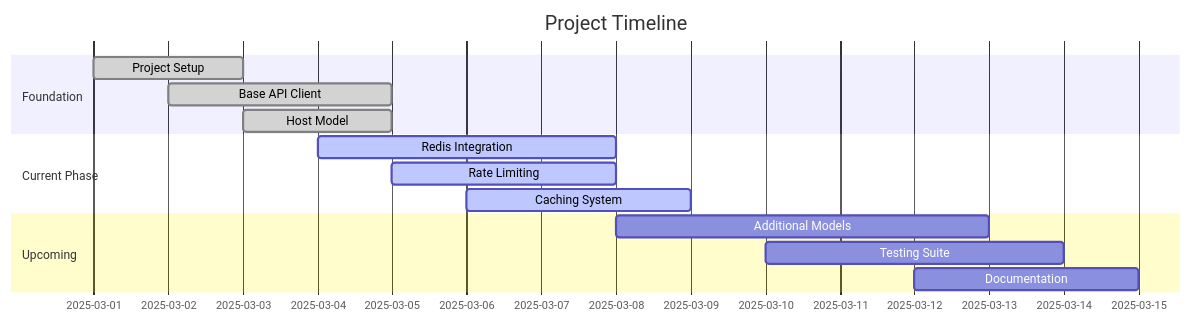
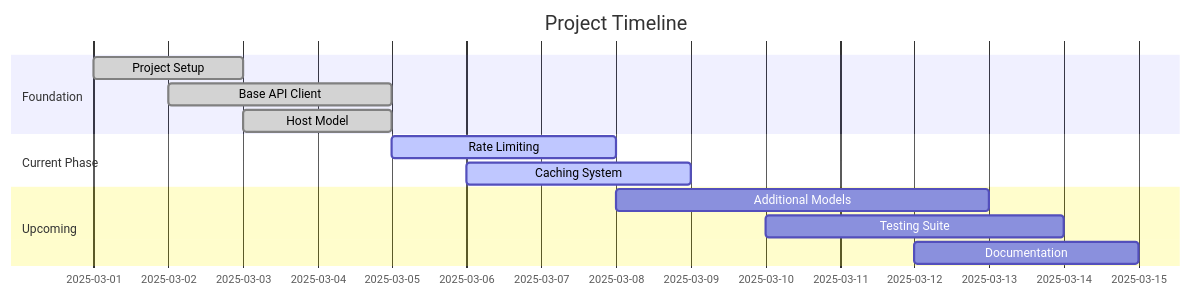
One commit to julianobarbosa/MCP changed the first of 3 diagrams in zabbix-server-api/cline_docs/progress.md. Above: the diagram before and after it, drawn with Mermaid. The commit also changed other lines of this file and 4 other files, not shown here.

````diff
--- a/zabbix-server-api/cline_docs/progress.md
+++ b/zabbix-server-api/cline_docs/progress.md
@@ -5,19 +5,18 @@
 ```mermaid
 gantt
     title Project Timeline
     dateFormat  YYYY-MM-DD
     section Foundation
     Project Setup           :done,    setup,     2025-03-01, 2d
     Base API Client        :done,    api,       2025-03-02, 3d
     Host Model            :done,    host,      2025-03-03, 2d
 
     section Current Phase
-    Redis Integration     :active,   redis,     2025-03-04, 4d
     Rate Limiting        :active,   rate,      2025-03-05, 3d
     Caching System       :active,   cache,     2025-03-06, 3d
 
     section Upcoming
     Additional Models     :         models,    2025-03-08, 5d
     Testing Suite        :         tests,     2025-03-10, 4d
     Documentation        :         docs,      2025-03-12, 3d
 ```
````
